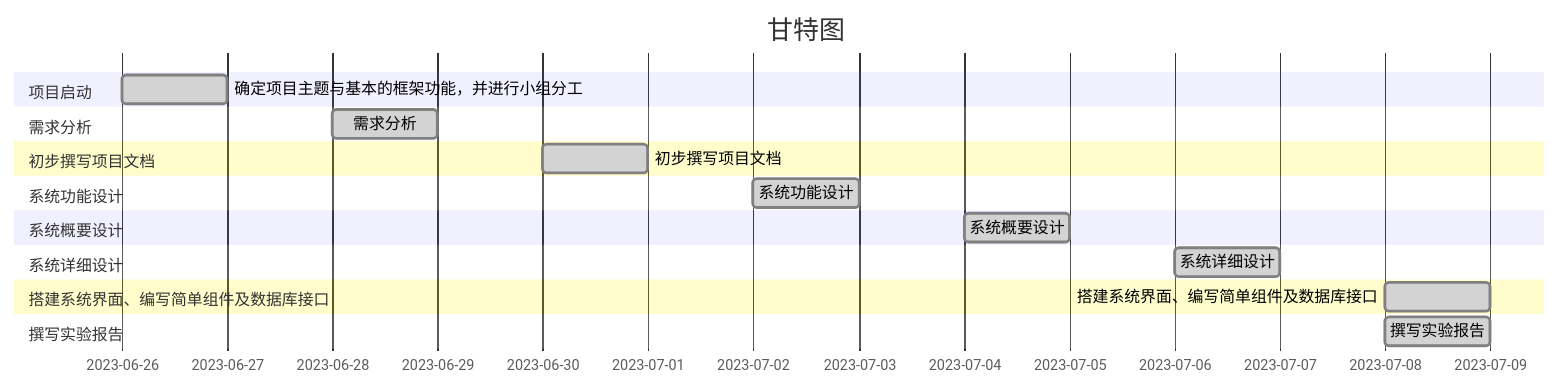
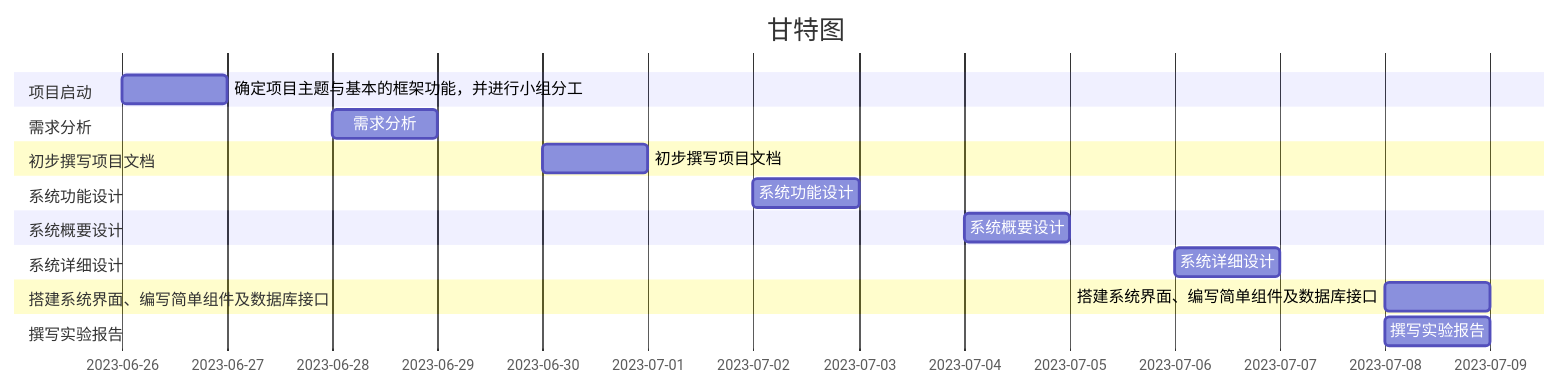
One commit to pzq123456/IAP changed the diagram in docs/实习报告.md. Above: the diagram before and after it, drawn with Mermaid. The commit also changed other lines of this file, not shown here.

````diff
--- a/docs/实习报告.md
+++ b/docs/实习报告.md
@@ -95,21 +96,21 @@
 ```mermaid
 gantt
     title 甘特图
     dateFormat  YYYY-MM-DD
     section 项目启动
-    确定项目主题与基本的框架功能，并进行小组分工:done, 2023-06-26, 2023-06-27
+    确定项目主题与基本的框架功能，并进行小组分工: 2023-06-26, 2023-06-27
     section 需求分析
-    需求分析:done, 2023-06-28, 2023-06-29
+    需求分析: 2023-06-28, 2023-06-29
     section 初步撰写项目文档
-    初步撰写项目文档:done, 2023-06-30, 2023-07-01
+    初步撰写项目文档: 2023-06-30, 2023-07-01
     section 系统功能设计
-    系统功能设计:done, 2023-07-02, 2023-07-03
+    系统功能设计: 2023-07-02, 2023-07-03
     section 系统概要设计
-    系统概要设计:done, 2023-07-04, 2023-07-05
+    系统概要设计: 2023-07-04, 2023-07-05
     section 系统详细设计
-    系统详细设计:done, 2023-07-06, 2023-07-07
+    系统详细设计: 2023-07-06, 2023-07-07
     section 搭建系统界面、编写简单组件及数据库接口
-    搭建系统界面、编写简单组件及数据库接口:done, 2023-07-08, 2023-07-09
+    搭建系统界面、编写简单组件及数据库接口: 2023-07-08, 2023-07-09
     section 撰写实验报告
-    撰写实验报告:done, 2023-07-08, 2023-07-09
+    撰写实验报告: 2023-07-08, 2023-07-09
 ```
````
